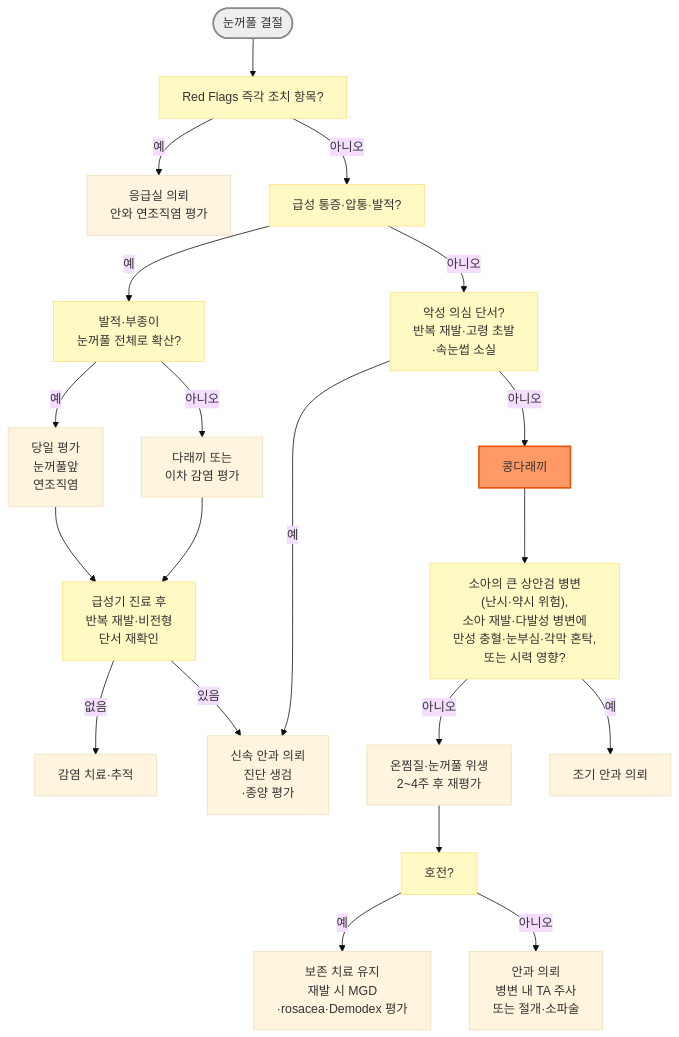
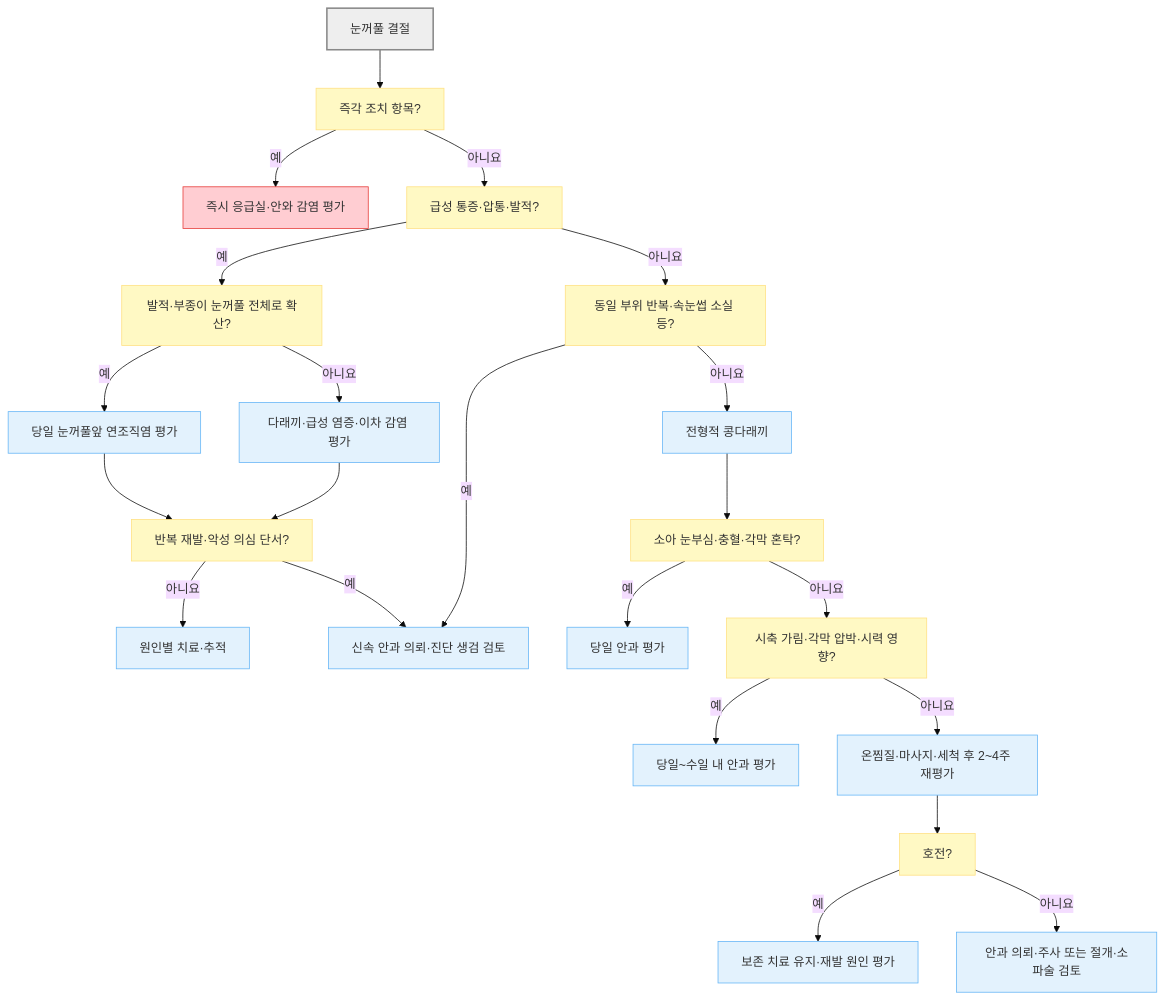
Before and after one commit to familyoh77/familyoh77: the diagram in 222_/041_-chalazion.md, drawn with Mermaid (base theme). The commit also changed other lines of this file and 9 other files, not shown here.

````diff
--- a/222_/041_-chalazion.md
+++ b/222_/041_-chalazion.md
@@ -99,27 +99,32 @@
 ```mermaid
-graph TD
-    Start(["눈꺼풀 결절"]) --> Q1["Red Flags 즉각 조치 항목?"]
-    Q1 -->|예| ER["응급실 의뢰<br>안와 연조직염 평가"]
-    Q1 -->|아니오| Q2["급성 통증·압통·발적?"]
-    Q2 -->|예| Q2b["발적·부종이 <br>눈꺼풀 전체로 확산?"]
-    Q2b -->|예| PC["당일 평가<br>눈꺼풀앞 <br>연조직염"]
-    Q2b -->|아니오| HD["다래끼 또는 <br>이차 감염 평가"]
-    PC --> R3["급성기 진료 후<br>반복 재발·비전형 <br>단서 재확인"]
+flowchart TD
+    Start["눈꺼풀 결절"] --> Q1["즉각 조치 항목?"]
+    Q1 -- "예" --> ER["즉시 응급실·안와 감염 평가"]
+    Q1 -- "아니요" --> Q2["급성 통증·압통·발적?"]
+    Q2 -- "예" --> Q2b["발적·부종이 눈꺼풀 전체로 확산?"]
+    Q2b -- "예" --> PC["당일 눈꺼풀앞 연조직염 평가"]
+    Q2b -- "아니요" --> HD["다래끼·급성 염증·이차 감염 평가"]
+    PC --> R3["반복 재발·악성 의심 단서?"]
     HD --> R3
-    R3 -->|없음| IF["감염 치료·추적"]
-    R3 -->|있음| BX["신속 안과 의뢰<br>진단 생검<br>·종양 평가"]
-    Q2 -->|아니오| Q3["악성 의심 단서?<br>반복 재발·고령 초발<br>·속눈썹 소실"]
-    Q3 -->|예| BX
-    Q3 -->|아니오| CH["콩다래끼"]
-    CH --> Q4["소아의 큰 상안검 병변<br>(난시·약시 위험), <br>소아 재발·다발성 병변에<br>만성 충혈·눈부심·각막 혼탁,<br>또는 시력 영향?"]
-    Q4 -->|아니오| CONS["온찜질·눈꺼풀 위생<br>2~4주 후 재평가"]
+    R3 -- "아니요" --> IF["원인별 치료·추적"]
+    R3 -- "예" --> BX["신속 안과 의뢰·진단 생검 검토"]
+    Q2 -- "아니요" --> Q3["동일 부위 반복·속눈썹 소실 등?"]
+    Q3 -- "예" --> BX
+    Q3 -- "아니요" --> CH["전형적 콩다래끼"]
+    CH --> Q4["소아 눈부심·충혈·각막 혼탁?"]
+    Q4 -- "예" --> BKC["당일 안과 평가"]
+    Q4 -- "아니요" --> Vision["시축 가림·각막 압박·시력 영향?"]
+    Vision -- "예" --> EARLY["당일~수일 내 안과 평가"]
+    Vision -- "아니요" --> CONS["온찜질·마사지·세척 후 2~4주 재평가"]
     CONS --> Q5["호전?"]
-    Q5 -->|예| F["보존 치료 유지<br>재발 시 MGD<br>·rosacea·Demodex 평가"]
-    Q5 -->|아니오| REF["안과 의뢰<br>병변 내 TA 주사 <br>또는 절개·소파술"]
-    Q4 -->|예| EARLY["조기 안과 의뢰"]
-    style Start fill:#eeeeee,stroke:#888888,stroke-width:2px
-    classDef yellow fill:#fff9c4,stroke:#ffe082
-    class Q1,Q2,Q2b,Q3,R3,Q4,Q5 yellow
-    style CH fill:#f96,stroke:#e65100,stroke-width:2px
-
+    Q5 -- "예" --> F["보존 치료 유지·재발 원인 평가"]
+    Q5 -- "아니요" --> REF["안과 의뢰·주사 또는 절개·소파술 검토"]
+    classDef start fill:#eeeeee,stroke:#888888,stroke-width:2px
+    classDef question fill:#fff9c4,stroke:#ffe082
+    classDef emergency fill:#ffcdd2,stroke:#e53935
+    classDef treatment fill:#e3f2fd,stroke:#64b5f6
+    class Start start
+    class Q1,Q2,Q2b,Q3,R3,Q4,Vision,Q5 question
+    class ER emergency
+    class PC,HD,IF,BX,CH,BKC,EARLY,CONS,F,REF treatment
 ```
````
